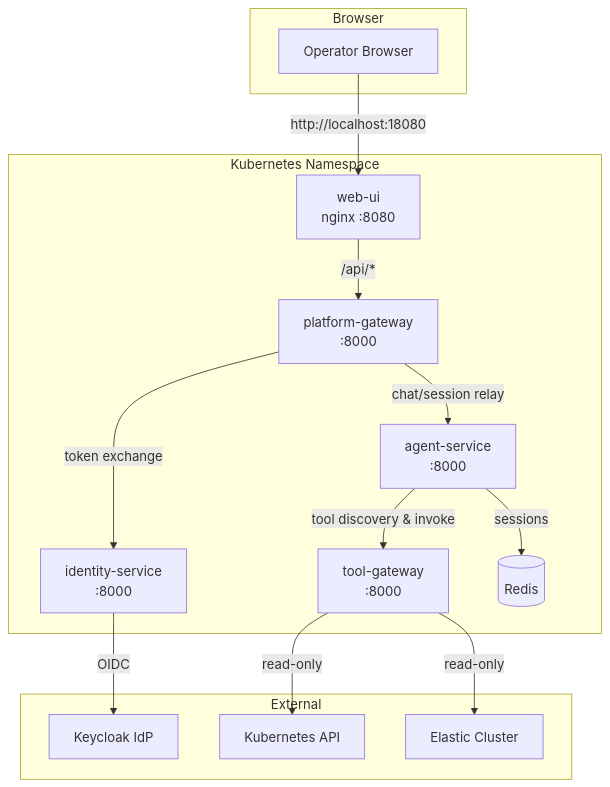
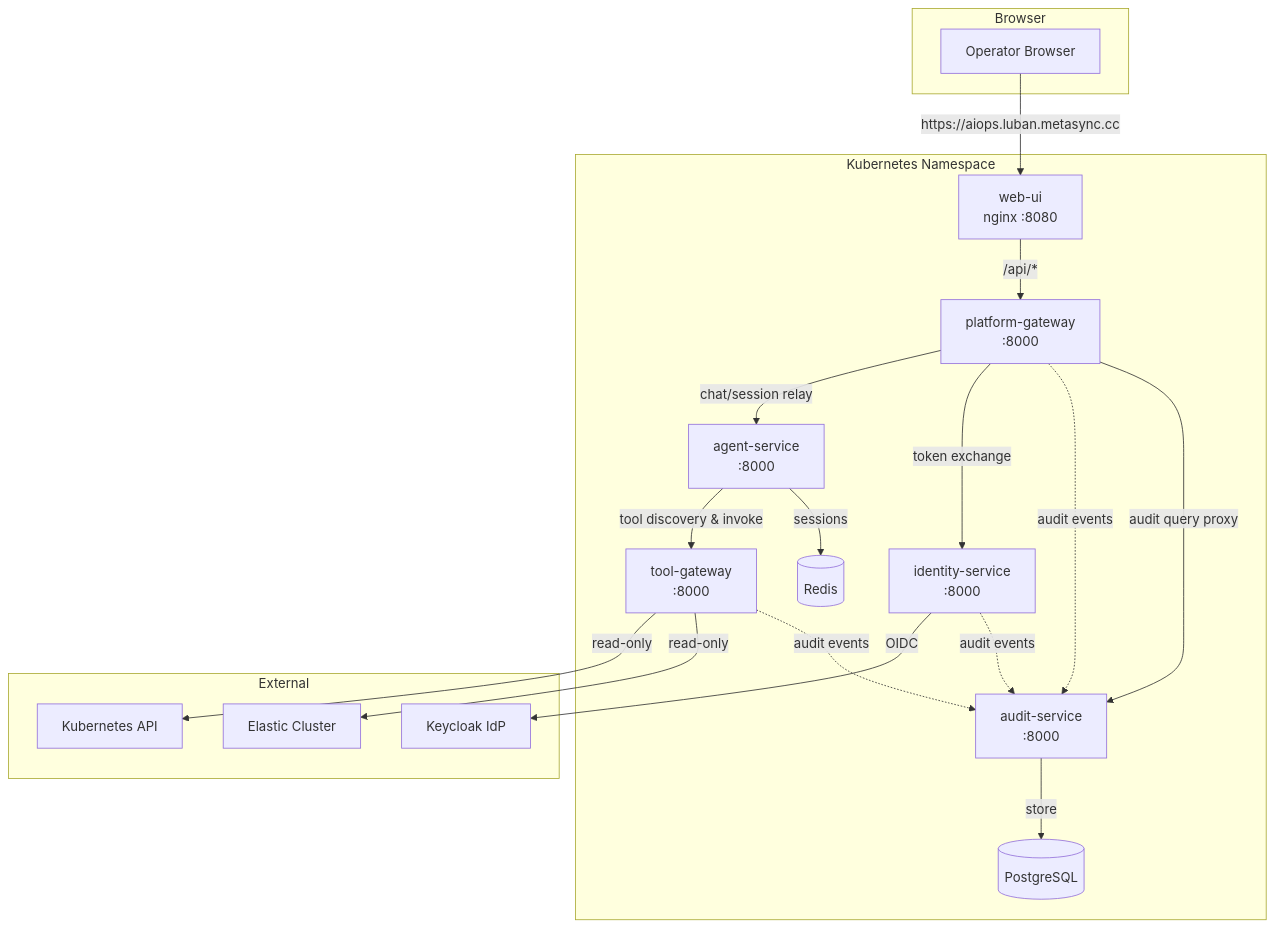
Before and after one commit to metasync/luban-aiops: the first of 2 diagrams in docs/guides/architecture-overview.md, drawn with Mermaid. The commit also changed other lines of this file and 288 other files, not shown here.

````diff
--- a/docs/guides/architecture-overview.md
+++ b/docs/guides/architecture-overview.md
@@ -23,31 +25,38 @@
 ```mermaid
 graph TB
     subgraph Browser
         User[Operator Browser]
     end
 
     subgraph Kubernetes Namespace
         WebUI[web-ui<br/>nginx :8080]
         PG[platform-gateway<br/>:8000]
         AS[agent-service<br/>:8000]
         TG[tool-gateway<br/>:8000]
         IB[identity-service<br/>:8000]
+        Audit[audit-service<br/>:8000]
         Redis[(Redis)]
+        PGDB[(PostgreSQL)]
     end
 
     subgraph External
         Keycloak[Keycloak IdP]
         K8sAPI[Kubernetes API]
         Elastic[Elastic Cluster]
     end
 
-    User -->|http://localhost:18080| WebUI
+    User -->|https://aiops.luban.metasync.cc| WebUI
     WebUI -->|/api/*| PG
     PG -->|chat/session relay| AS
     PG -->|token exchange| IB
     AS -->|tool discovery & invoke| TG
     TG -->|read-only| K8sAPI
     TG -->|read-only| Elastic
     IB -->|OIDC| Keycloak
     AS -->|sessions| Redis
+    TG -.->|audit events| Audit
+    PG -.->|audit events| Audit
+    IB -.->|audit events| Audit
+    PG -->|audit query proxy| Audit
+    Audit -->|store| PGDB
 ```
````
